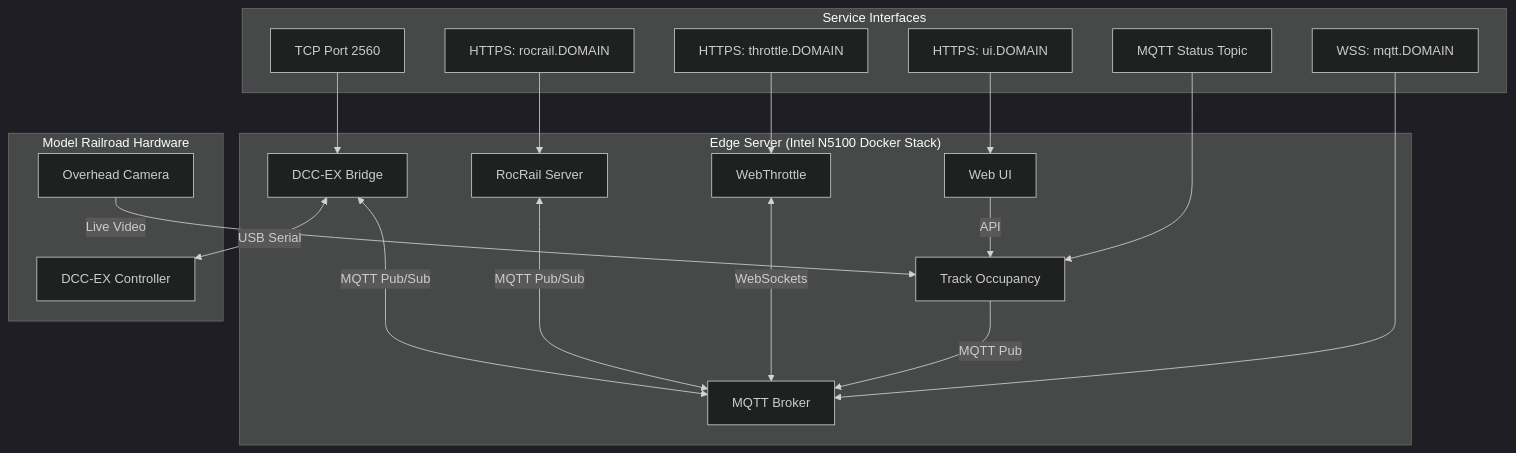
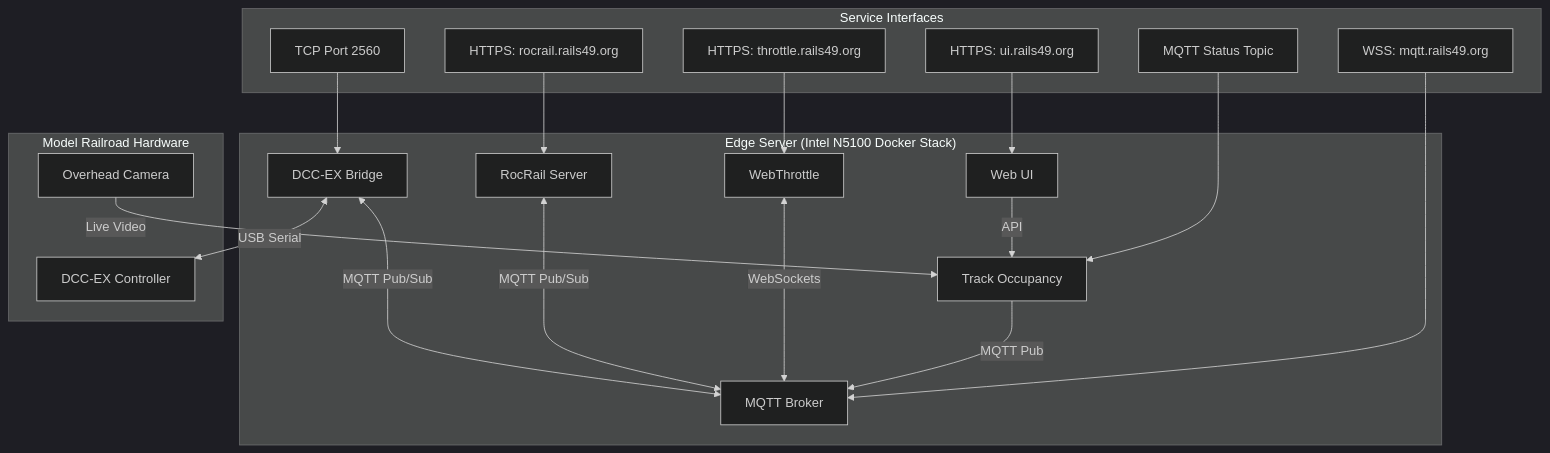
One commit to iot49/track-occupancy changed the diagram in README.md. Above: the diagram before and after it, drawn with Mermaid (dark theme). The commit also changed 3 other files, not shown here.

````diff
--- a/README.md
+++ b/README.md
@@ -42,45 +42,45 @@
 ```mermaid
 graph TD
     %% Service Interfaces above
     subgraph Interfaces ["Service Interfaces"]
-        UI_IF["HTTPS: ui.DOMAIN"]
-        THROTTLE_IF["HTTPS: throttle.DOMAIN"]
-        ROCRAIL_IF["HTTPS: rocrail.DOMAIN"]
-        MQTT_IF["WSS: mqtt.DOMAIN"]
+        UI_IF["HTTPS: ui.rails49.org"]
+        THROTTLE_IF["HTTPS: throttle.rails49.org"]
+        ROCRAIL_IF["HTTPS: rocrail.rails49.org"]
+        MQTT_IF["WSS: mqtt.rails49.org"]
         OCC_IF["MQTT Status Topic"]
         BRIDGE_IF["TCP Port 2560"]
     end
 
     %% Services nested inside the Edge Server
     subgraph Server ["Edge Server (Intel N5100 Docker Stack)"]
         UI["Web UI"]
         THROTTLE["WebThrottle"]
         ROCRAIL["RocRail Server"]
         MQTT["MQTT Broker"]
         OCCUPANCY["Track Occupancy"]
         BRIDGE["DCC-EX Bridge"]
     end
 
     %% Model Railroad Hardware
     subgraph Hardware ["Model Railroad Hardware"]
         CAM["Overhead Camera"]
         DCC["DCC-EX Controller"]
     end
 
     %% Interface mapping to Services
     UI_IF --> UI
     THROTTLE_IF --> THROTTLE
     ROCRAIL_IF --> ROCRAIL
     MQTT_IF --> MQTT
     OCC_IF --> OCCUPANCY
     BRIDGE_IF --> BRIDGE
 
     %% Core interactions & Hardware mapping
     CAM -->|Live Video| OCCUPANCY
     OCCUPANCY -->|MQTT Pub| MQTT
     UI -->|API| OCCUPANCY
     THROTTLE <-->|WebSockets| MQTT
     ROCRAIL <-->|MQTT Pub/Sub| MQTT
     BRIDGE <-->|MQTT Pub/Sub| MQTT
     BRIDGE <-->|USB Serial| DCC
 ```
````
